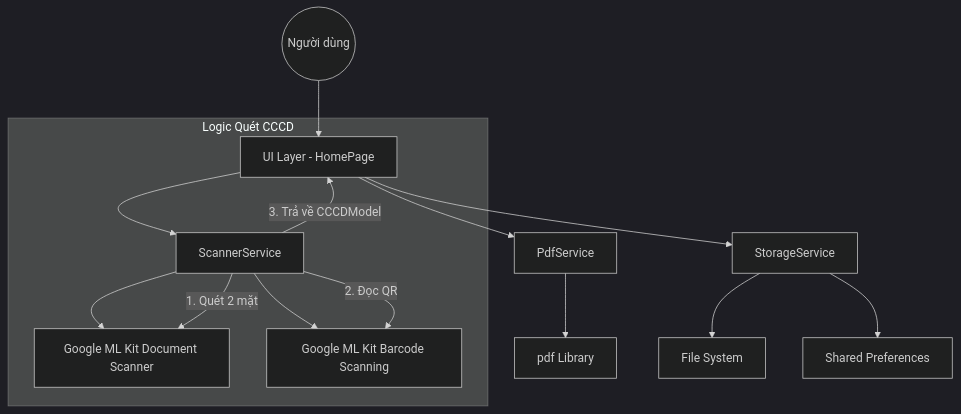
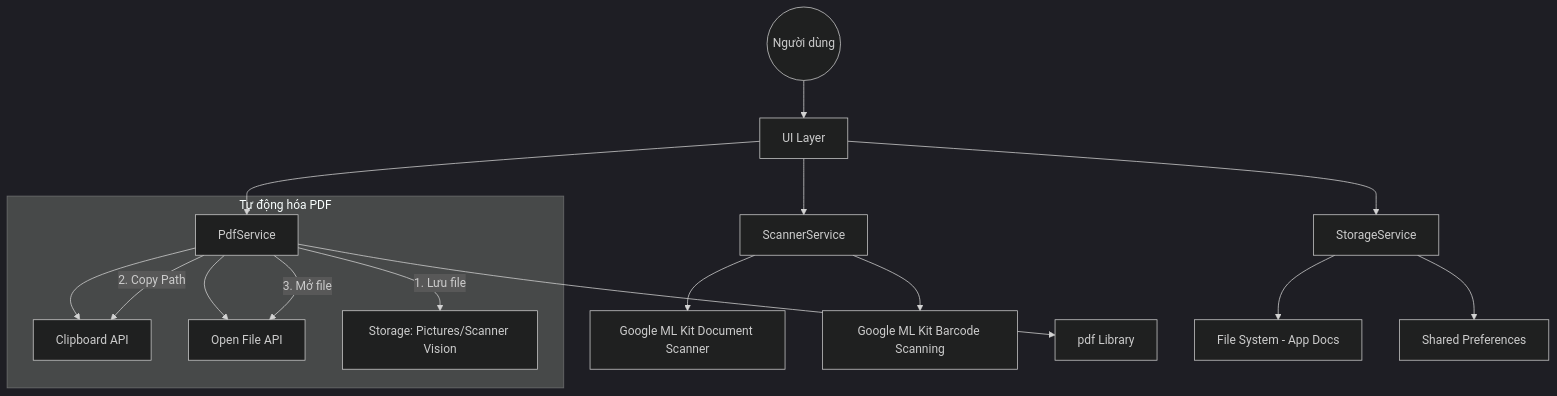
One commit to thichuong/scanner_vision changed the diagram in architecture.md. Above: the diagram before and after it, drawn with Mermaid (dark theme). The commit also changed other lines of this file and 6 other files, not shown here.

````diff
--- a/architecture.md
+++ b/architecture.md
@@ -15,21 +15,23 @@
 ```mermaid
 graph TD
-    User((Người dùng)) --> UI[UI Layer - HomePage]
+    User((Người dùng)) --> UI[UI Layer]
     UI --> SS[ScannerService]
     UI --> PS[PdfService]
     UI --> STS[StorageService]
     
     SS --> MLK[Google ML Kit Document Scanner]
     SS --> BCD[Google ML Kit Barcode Scanning]
     
     PS --> PDFL[pdf Library]
+    PS --> CB[Clipboard API]
+    PS --> OPEN[Open File API]
     
-    STS --> FS[File System]
+    STS --> FS[File System - App Docs]
     STS --> SP[Shared Preferences]
     
-    subgraph "Logic Quét CCCD"
-        SS -- "1. Quét 2 mặt" --> MLK
-        SS -- "2. Đọc QR" --> BCD
-        SS -- "3. Trả về CCCDModel" --> UI
+    subgraph "Tự động hóa PDF"
+        PS -- "1. Lưu file" --> FS_EXT["Storage: Pictures/Scanner Vision"]
+        PS -- "2. Copy Path" --> CB
+        PS -- "3. Mở file" --> OPEN
     end
 ```
````
